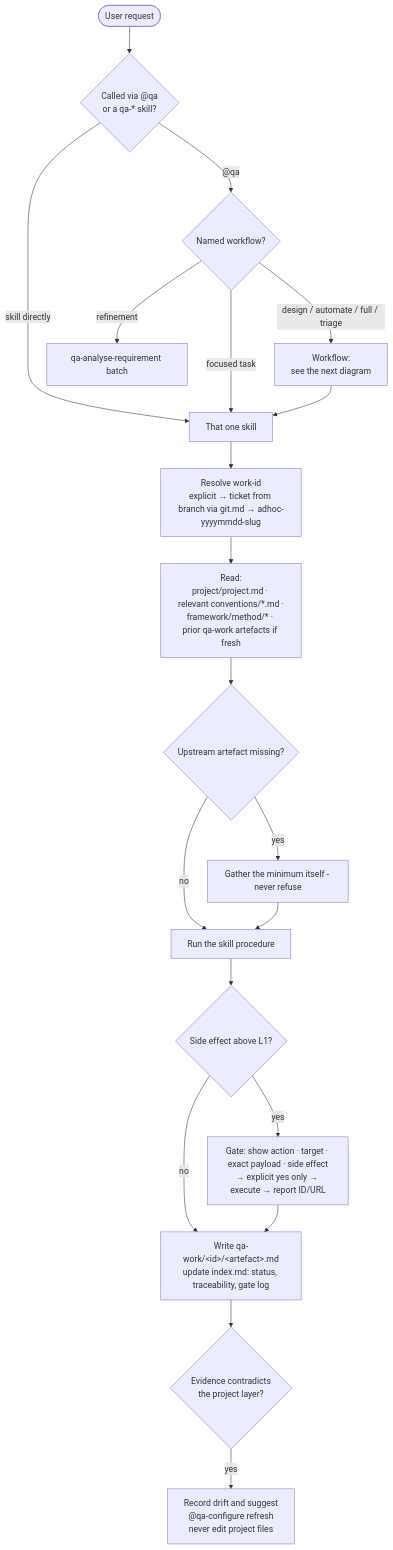
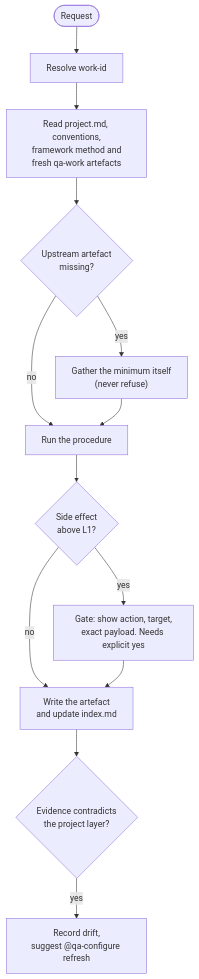
One commit to bmad-kainos/ai-qa changed the first of 7 diagrams in docs/flows/03-usage.md. Above: the diagram before and after it, drawn with Mermaid. The commit also changed other lines of this file and 3 other files, not shown here.

Commit message:
docs: fix install flow chart and split flow diagrams for readability

````diff
--- a/docs/flows/03-usage.md
+++ b/docs/flows/03-usage.md
@@ -5,22 +5,16 @@
 ```mermaid
 flowchart TD
-  U([User request]) --> Q{Called via @qa<br/>or a qa-* skill?}
-  Q -- skill directly --> SK[That one skill]
-  Q -- "@qa" --> R{Named workflow?}
-  R -- "design / automate / full / triage" --> WF[Workflow:<br/>see the next diagram]
-  R -- "refinement" --> BA[qa-analyse-requirement batch]
-  R -- focused task --> SK
-  WF --> SK
-  SK --> W[Resolve work-id<br/>explicit → ticket from branch via git.md → adhoc-yyyymmdd-slug]
-  W --> RD[Read:<br/>project/project.md · relevant conventions/*.md ·<br/>framework/method/* · prior qa-work artefacts if fresh]
-  RD --> MISS{Upstream artefact missing?}
-  MISS -- yes --> GM[Gather the minimum itself - never refuse]
-  MISS -- no --> DO
-  GM --> DO[Run the skill procedure]
-  DO --> G{Side effect above L1?}
-  G -- no --> OUT
-  G -- yes --> GATE[Gate: show action · target · exact payload · side effect<br/>→ explicit yes only → execute → report ID/URL]
-  GATE --> OUT[Write qa-work/#lt;id#gt;/#lt;artefact#gt;.md<br/>update index.md: status, traceability, gate log]
-  OUT --> DR{Evidence contradicts<br/>the project layer?}
-  DR -- yes --> DRF[Record drift and suggest<br/>@qa-configure refresh<br/>never edit project files]
+  U(["Request"])
+  U --> W["Resolve work-id"]
+  W --> RD["Read project.md, conventions,<br/>framework method and<br/>fresh qa-work artefacts"]
+  RD --> M{"Upstream artefact<br/>missing?"}
+  M -->|yes| G["Gather the minimum itself<br/>(never refuse)"]
+  M -->|no| DO["Run the procedure"]
+  G --> DO
+  DO --> S{"Side effect<br/>above L1?"}
+  S -->|yes| GATE["Gate: show action, target,<br/>exact payload. Needs explicit yes"]
+  S -->|no| OUT
+  GATE --> OUT["Write the artefact<br/>and update index.md"]
+  OUT --> DR{"Evidence contradicts<br/>the project layer?"}
+  DR -->|yes| DRF["Record drift,<br/>suggest @qa-configure refresh"]
 ```
````
